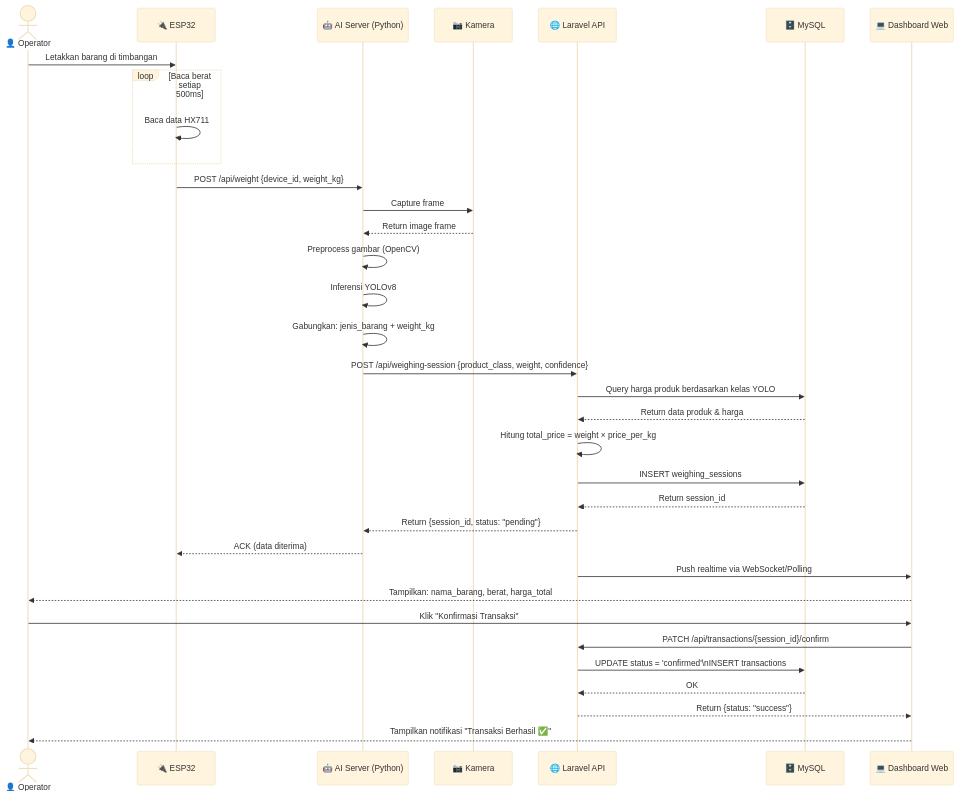
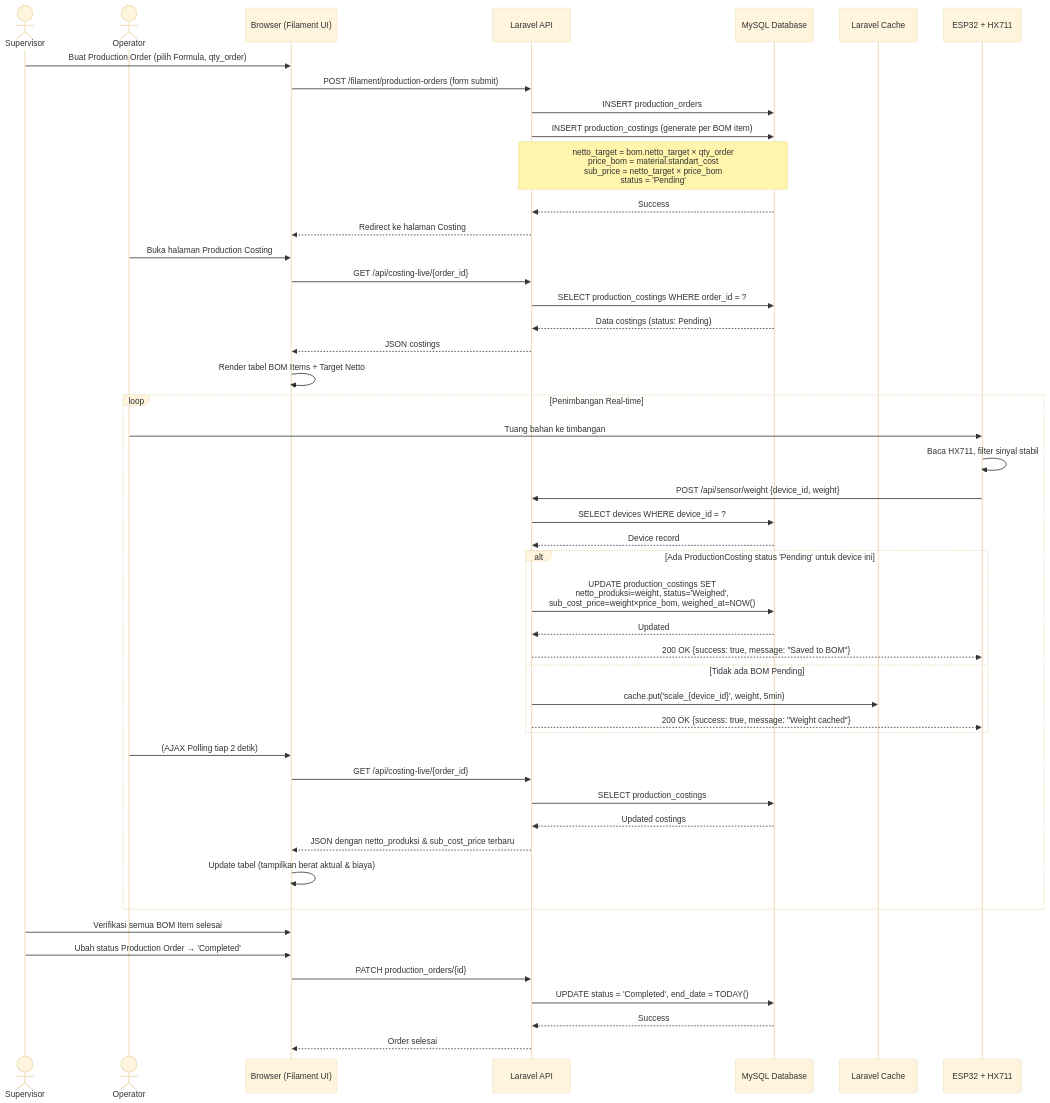
The fourth of 7 diagrams in diagram_uml.md (algar12/MAGANG_PT_BINA), drawn with Mermaid (base theme) before and after one commit. The commit also changed other lines of this file, not shown here.

Commit message:
update diagram

````diff
--- a/diagram_uml.md
+++ b/diagram_uml.md
@@ -108,44 +153,56 @@
 ```mermaid
 sequenceDiagram
-    actor Op as 👤 Operator
-    participant ESP as 🔌 ESP32
-    participant AI as 🤖 AI Server (Python)
-    participant Cam as 📷 Kamera
-    participant API as 🌐 Laravel API
-    participant DB as 🗄️ MySQL
-    participant UI as 💻 Dashboard Web
+    actor SUP as Supervisor
+    actor OPR as Operator
+    participant UI as Browser (Filament UI)
+    participant API as Laravel API
+    participant DB as MySQL Database
+    participant CACHE as Laravel Cache
+    participant ESP as ESP32 + HX711
 
-    Op->>ESP: Letakkan barang di timbangan
-    
-    loop Baca berat setiap 500ms
-        ESP->>ESP: Baca data HX711
+    SUP->>UI: Buat Production Order (pilih Formula, qty_order)
+    UI->>API: POST /filament/production-orders (form submit)
+    API->>DB: INSERT production_orders
+    API->>DB: INSERT production_costings (generate per BOM item)
+    Note over API,DB: netto_target = bom.netto_target × qty_order<br/>price_bom = material.standart_cost<br/>sub_price = netto_target × price_bom<br/>status = 'Pending'
+    DB-->>API: Success
+    API-->>UI: Redirect ke halaman Costing
+
+    OPR->>UI: Buka halaman Production Costing
+    UI->>API: GET /api/costing-live/{order_id}
+    API->>DB: SELECT production_costings WHERE order_id = ?
+    DB-->>API: Data costings (status: Pending)
+    API-->>UI: JSON costings
+    UI->>UI: Render tabel BOM Items + Target Netto
+
+    loop Penimbangan Real-time
+        OPR->>ESP: Tuang bahan ke timbangan
+        ESP->>ESP: Baca HX711, filter sinyal stabil
+        ESP->>API: POST /api/sensor/weight {device_id, weight}
+        API->>DB: SELECT devices WHERE device_id = ?
+        DB-->>API: Device record
+
+        alt Ada ProductionCosting status 'Pending' untuk device ini
+            API->>DB: UPDATE production_costings SET<br/>netto_produksi=weight, status='Weighed',<br/>sub_cost_price=weight×price_bom, weighed_at=NOW()
+            DB-->>API: Updated
+            API-->>ESP: 200 OK {success: true, message: "Saved to BOM"}
+        else Tidak ada BOM Pending
+            API->>CACHE: cache.put('scale_{device_id}', weight, 5min)
+            API-->>ESP: 200 OK {success: true, message: "Weight cached"}
+        end
+
+        OPR->>UI: (AJAX Polling tiap 2 detik)
+        UI->>API: GET /api/costing-live/{order_id}
+        API->>DB: SELECT production_costings
+        DB-->>API: Updated costings
+        API-->>UI: JSON dengan netto_produksi & sub_cost_price terbaru
+        UI->>UI: Update tabel (tampilkan berat aktual & biaya)
     end
 
-    ESP->>AI: POST /api/weight {device_id, weight_kg}
-    
-    AI->>Cam: Capture frame
-    Cam-->>AI: Return image frame
-    
-    AI->>AI: Preprocess gambar (OpenCV)
-    AI->>AI: Inferensi YOLOv8
-    AI->>AI: Gabungkan: jenis_barang + weight_kg
-    
-    AI->>API: POST /api/weighing-session {product_class, weight, confidence}
-    API->>DB: Query harga produk berdasarkan kelas YOLO
-    DB-->>API: Return data produk & harga
-    API->>API: Hitung total_price = weight × price_per_kg
-    API->>DB: INSERT weighing_sessions
-    DB-->>API: Return session_id
-    API-->>AI: Return {session_id, status: "pending"}
-    AI-->>ESP: ACK (data diterima)
-    
-    API->>UI: Push realtime via WebSocket/Polling
-    UI-->>Op: Tampilkan: nama_barang, berat, harga_total
-    
-    Op->>UI: Klik "Konfirmasi Transaksi"
-    UI->>API: PATCH /api/transactions/{session_id}/confirm
-    API->>DB: UPDATE status = 'confirmed'\nINSERT transactions
-    DB-->>API: OK
-    API-->>UI: Return {status: "success"}
-    UI-->>Op: Tampilkan notifikasi "Transaksi Berhasil ✅"
+    SUP->>UI: Verifikasi semua BOM Item selesai
+    SUP->>UI: Ubah status Production Order → 'Completed'
+    UI->>API: PATCH production_orders/{id}
+    API->>DB: UPDATE status = 'Completed', end_date = TODAY()
+    DB-->>API: Success
+    API-->>UI: Order selesai
 ```
````
